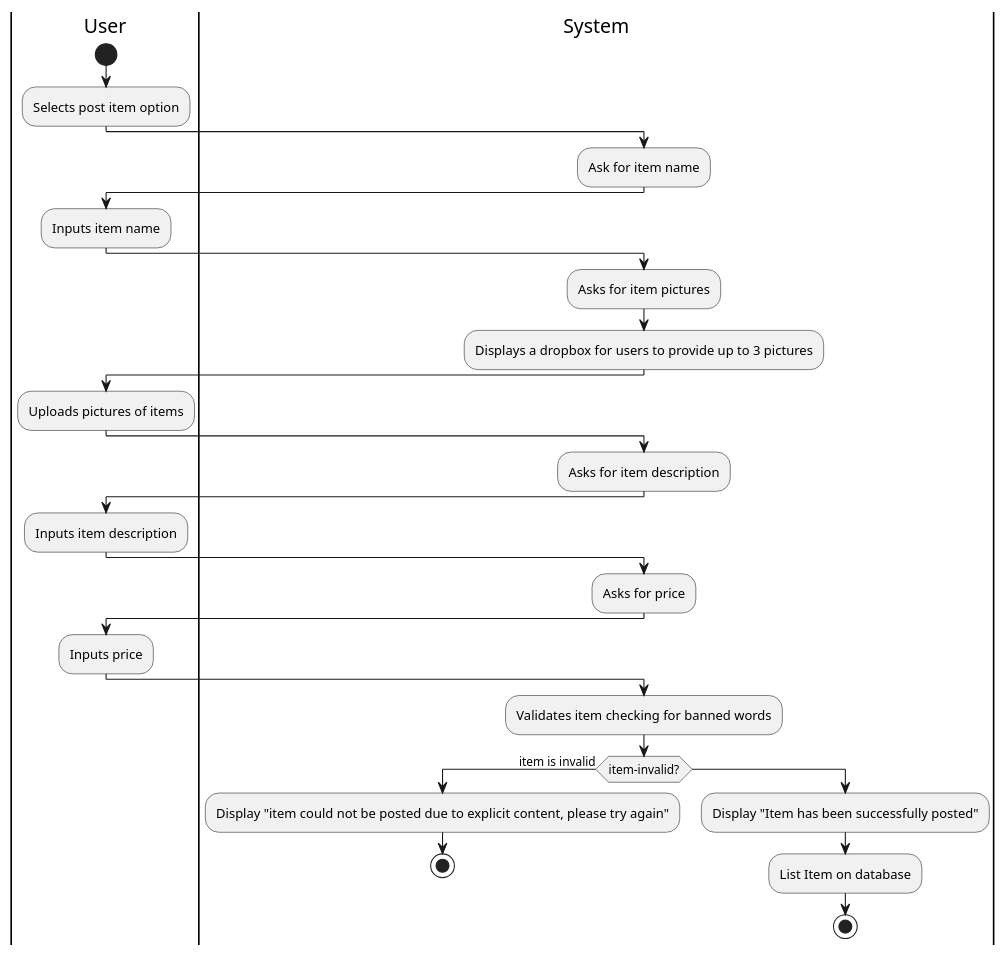
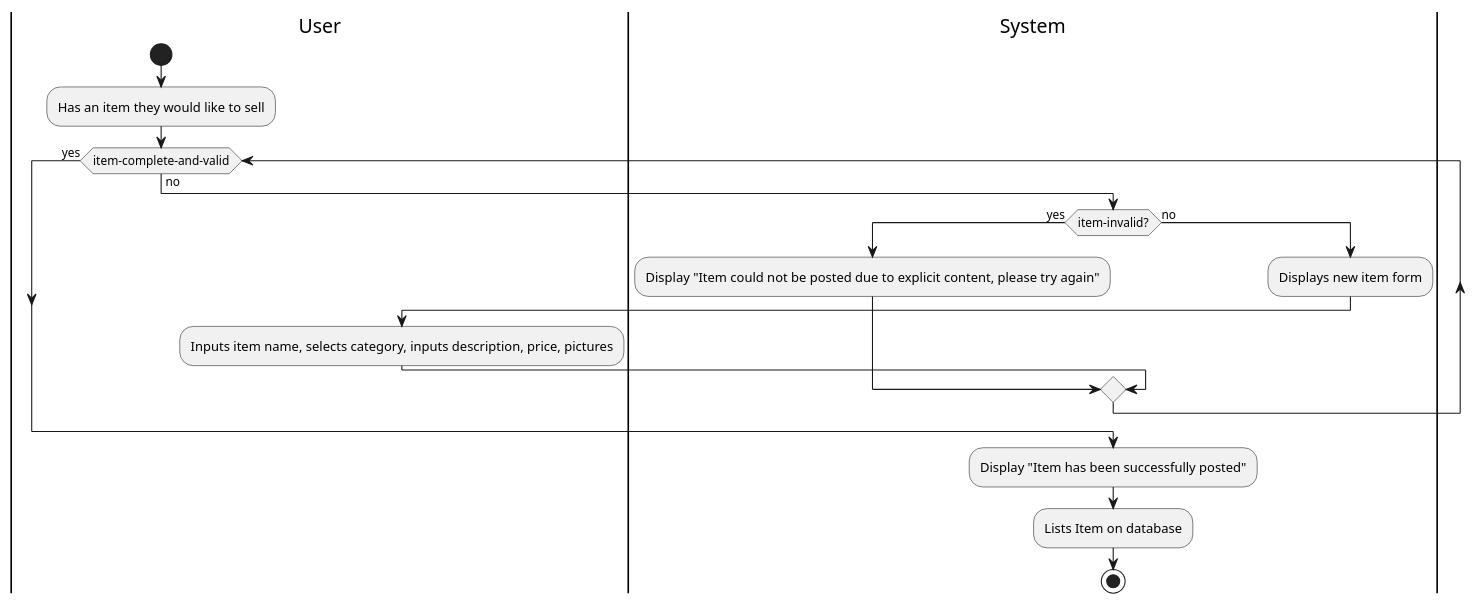
The diagram in Phase1/use-cases/post-item.md (remyben-creator/Marketplace-Application), drawn with PlantUML before and after one commit. The commit also changed other lines of this file and 4 other files, not shown here.

````diff
--- a/Phase1/use-cases/post-item.md
+++ b/Phase1/use-cases/post-item.md
@@ -13,33 +15,21 @@
 ```plantuml
 
 |User|
 start
-:Selects post item option;
+:Has an item they would like to sell;
+while (item-complete-and-valid) is (no)
 |System|
-:Ask for item name;
+if (item-invalid?) then (yes)
+:Display "Item could not be posted due to explicit content, please try again";
+else (no)
+:Displays new item form;
 |User|
-:Inputs item name;
+:Inputs item name, selects category, inputs description, price, pictures;
+endif
+endwhile (yes) 
 |System|
-:Asks for item pictures;
-:Displays a dropbox for users to provide up to 3 pictures;
-|User|
-:Uploads pictures of items;
-|System|
-:Asks for item description;
-|User|
-:Inputs item description;
-|System| 
-:Asks for price;
-|User|
-:Inputs price;
-|System|
-:Validates item checking for banned words;
-if (item-invalid?) then (item is invalid)
-:Display "item could not be posted due to explicit content, please try again";
+:Display "Item has been successfully posted";
+:Lists Item on database;
 stop
-else
-:Display "Item has been successfully posted";
-:List Item on database;
-Stop
 @enduml
 ```
````
